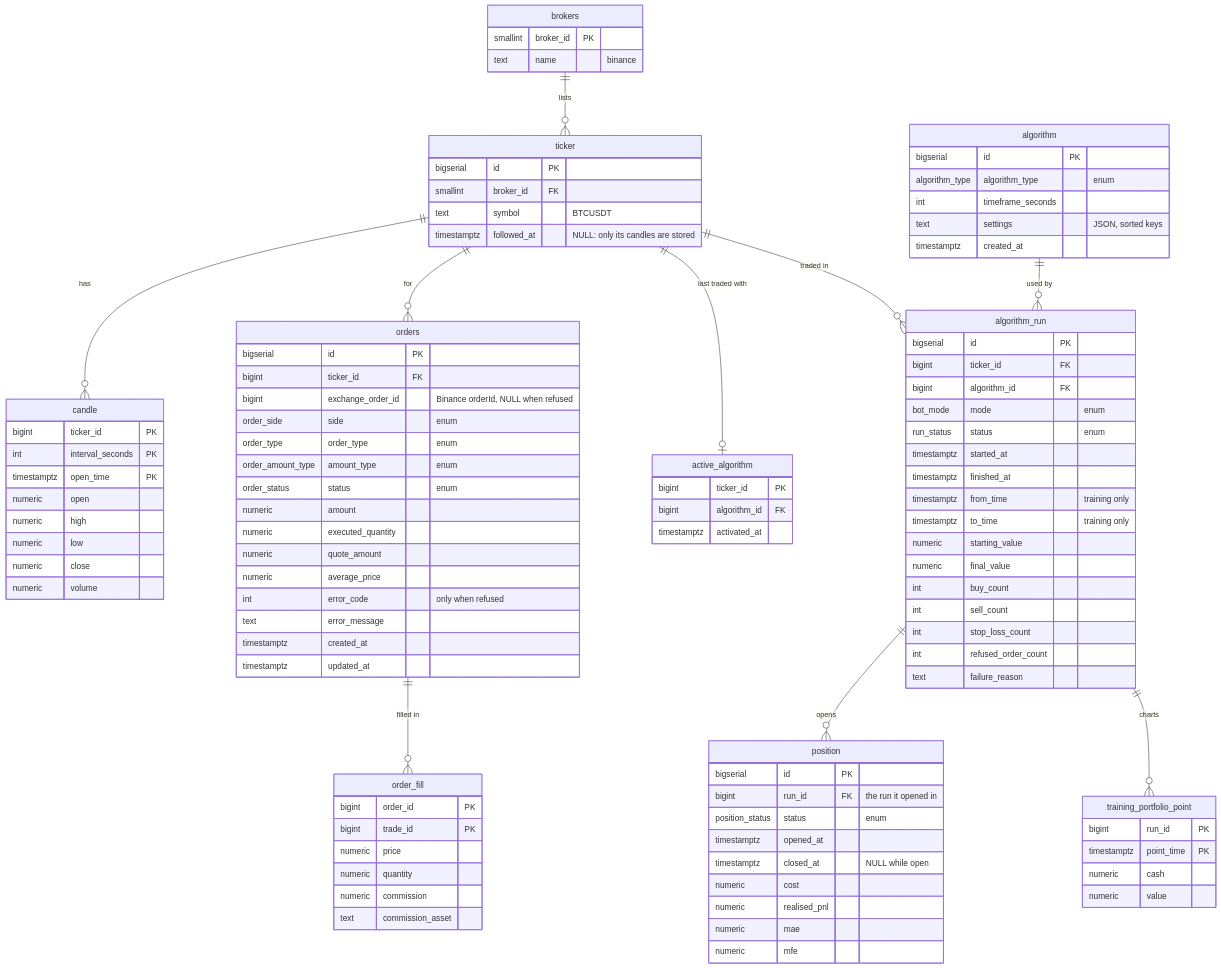
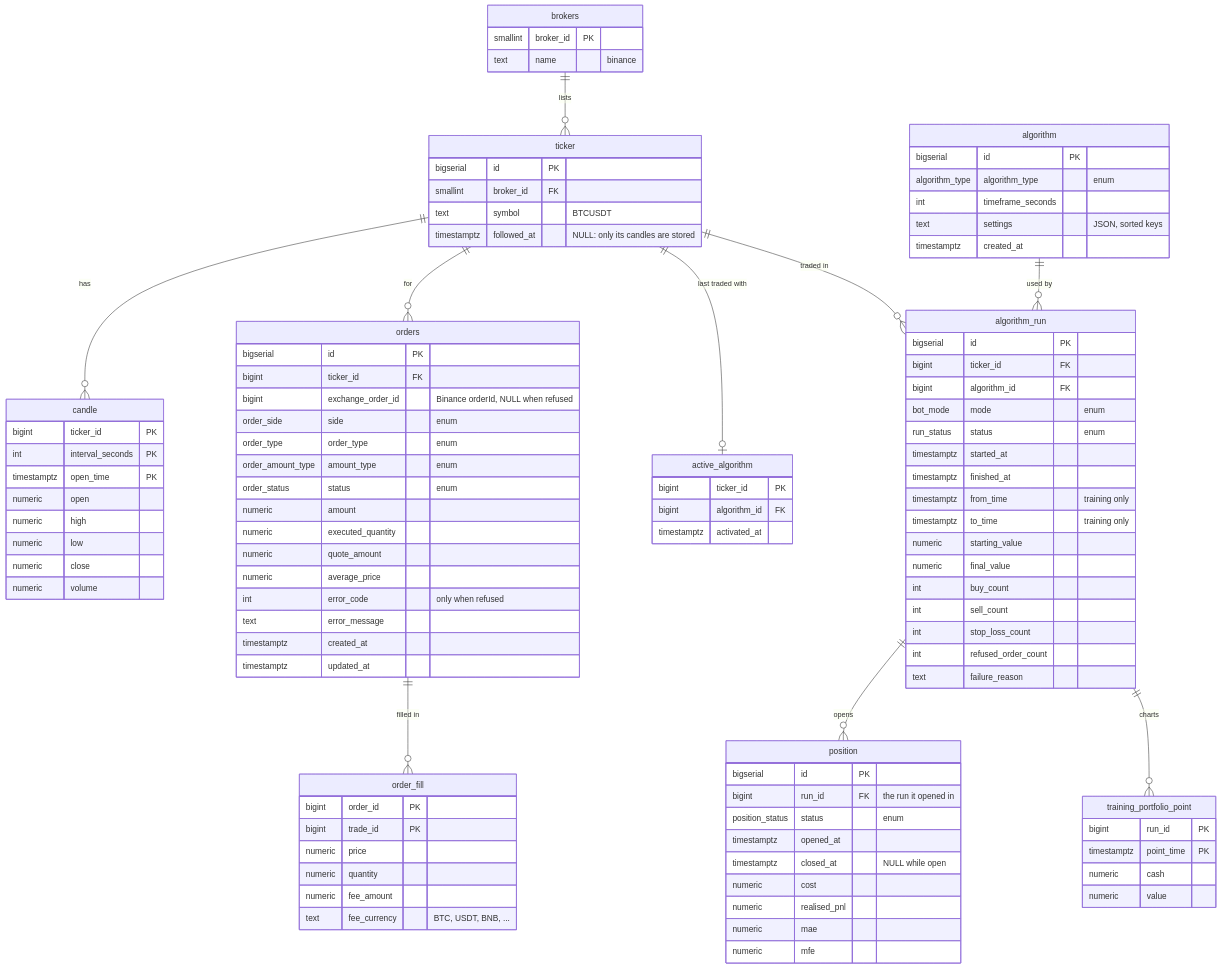
Before and after one commit to ShadowOfDiablo/t212-coding-task: diagram 20 of 29 in docs/ARCHITECTURE.md, drawn with Mermaid. The commit also changed other lines of this file and 9 other files, not shown here.

```diff
--- a/docs/ARCHITECTURE.md
+++ b/docs/ARCHITECTURE.md
@@ -857,8 +857,8 @@
         bigint trade_id PK
         numeric price
         numeric quantity
-        numeric commission
-        text commission_asset
+        numeric fee_amount
+        text fee_currency "BTC, USDT, BNB, ..."
     }
     brokers ||--o{ ticker : "lists"
     ticker ||--o{ candle : "has"
```
